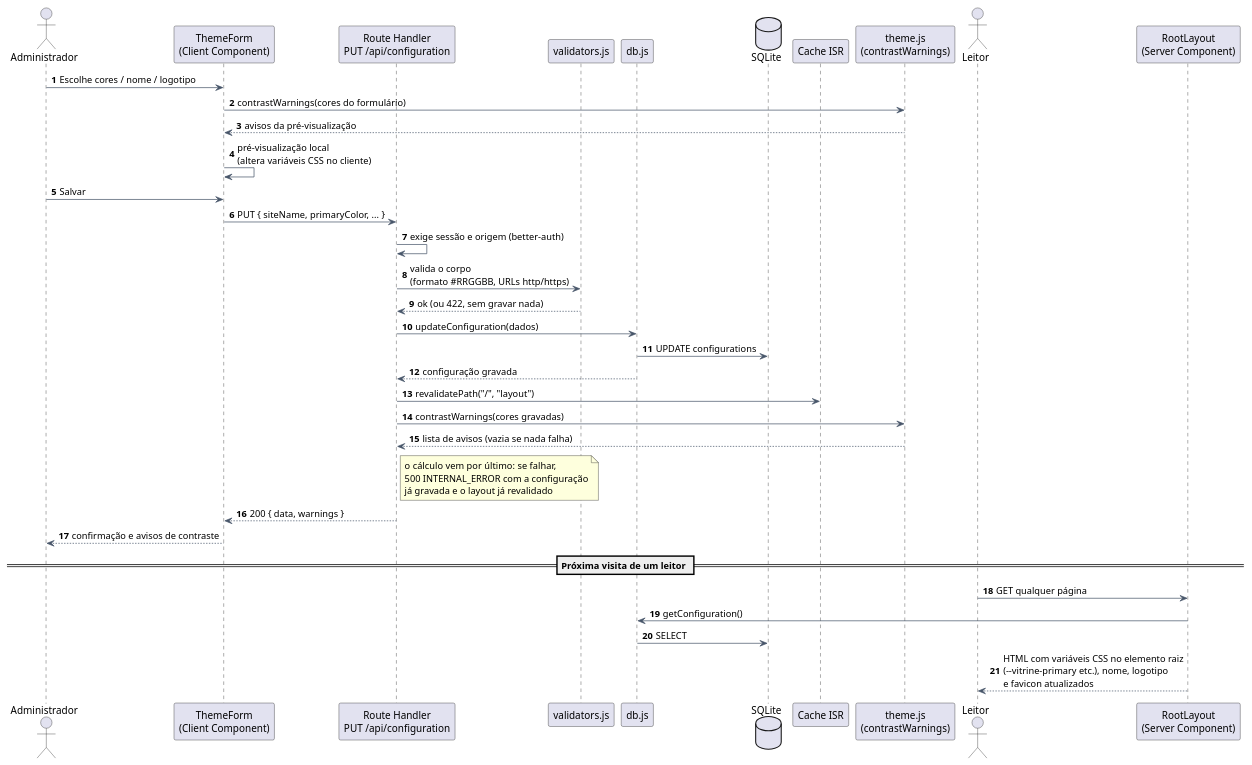
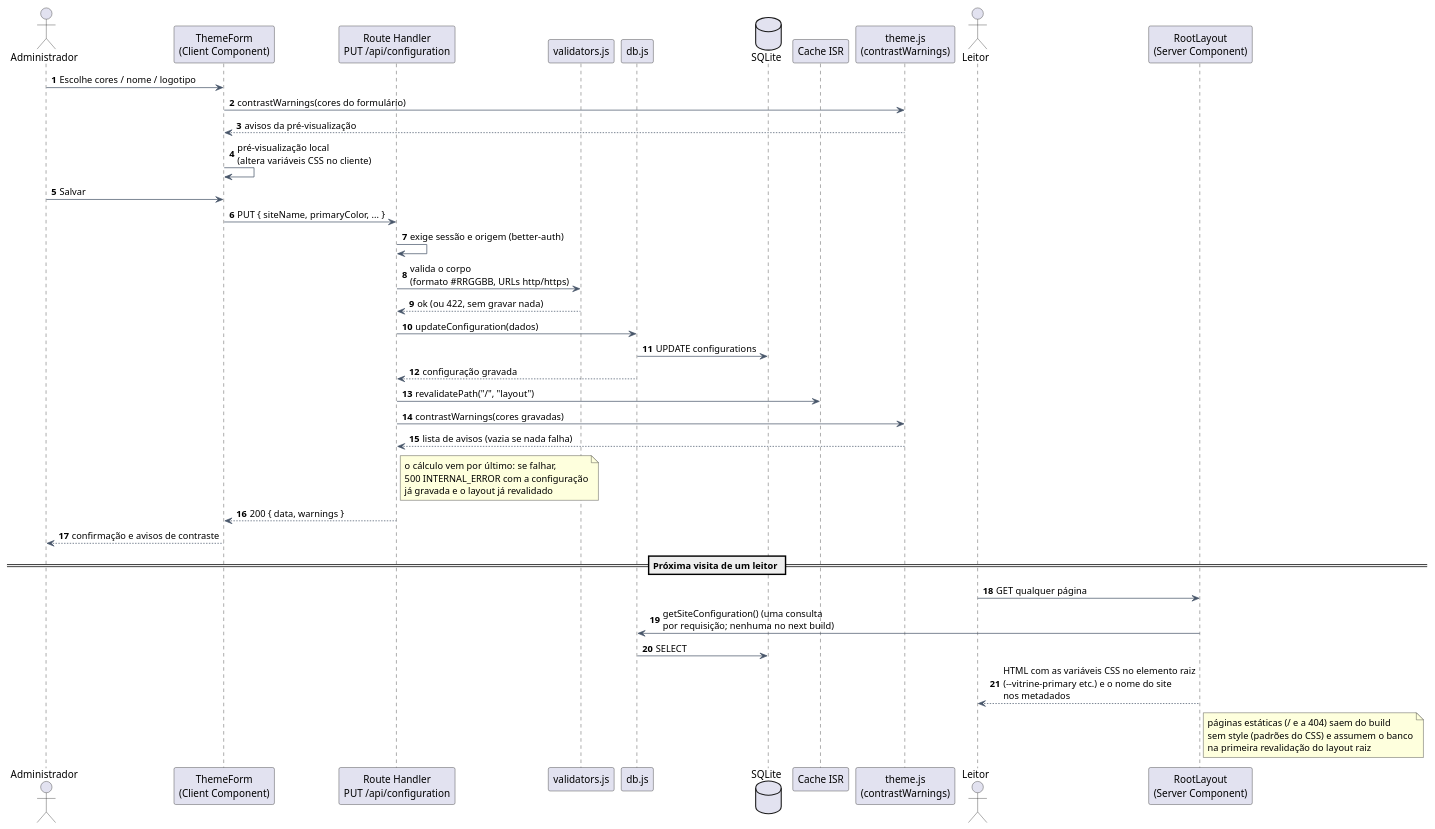
The diagram in doc/diagrams/src/seq-personalizacao-tema.puml (fromcaio/vitrine), drawn with PlantUML before and after one commit. The commit also changed 9 other files, not shown here.

```diff
--- a/doc/diagrams/src/seq-personalizacao-tema.puml
+++ b/doc/diagrams/src/seq-personalizacao-tema.puml
@@ -1,50 +1,51 @@
 @startuml seq-personalizacao-tema
 ' ===========================================================================
 ' Vitrine - Sequência: personalização visual (identidade e paleta de cores)
 ' Figura: fig:seq-personalizacao-tema (doc/tex/capitulos/cap5_arquitetura.tex)
 ' Mecanismo: cores persistidas em "configurations" viram variáveis CSS no <html>;
 ' utilitários Tailwind leem var(--...), logo não há novo build.
 ' ===========================================================================
 skinparam shadowing false
 skinparam defaultFontName Arial
 skinparam ArrowColor #475569
 skinparam sequenceMessageAlign left
 autonumber
 
 actor "Administrador" as Admin
 participant "ThemeForm\n(Client Component)" as Form
 participant "Route Handler\nPUT /api/configuration" as Api
 participant "validators.js" as Val
 participant "db.js" as DB
 database "SQLite" as Sql
 participant "Cache ISR" as Cache
 participant "theme.js\n(contrastWarnings)" as Theme
 actor "Leitor" as Leitor
 participant "RootLayout\n(Server Component)" as Layout
 
 Admin -> Form : Escolhe cores / nome / logotipo
 Form -> Theme : contrastWarnings(cores do formulário)
 Theme --> Form : avisos da pré-visualização
 Form -> Form : pré-visualização local\n(altera variáveis CSS no cliente)
 Admin -> Form : Salvar
 Form -> Api : PUT { siteName, primaryColor, ... }
 Api -> Api : exige sessão e origem (better-auth)
 Api -> Val : valida o corpo\n(formato #RRGGBB, URLs http/https)
 Val --> Api : ok (ou 422, sem gravar nada)
 Api -> DB : updateConfiguration(dados)
 DB -> Sql : UPDATE configurations
 DB --> Api : configuração gravada
 Api -> Cache : revalidatePath("/", "layout")
 Api -> Theme : contrastWarnings(cores gravadas)
 Theme --> Api : lista de avisos (vazia se nada falha)
 note right of Api : o cálculo vem por último: se falhar,\n500 INTERNAL_ERROR com a configuração\njá gravada e o layout já revalidado
 Api --> Form : 200 { data, warnings }
 Form --> Admin : confirmação e avisos de contraste
 
 == Próxima visita de um leitor ==
 
 Leitor -> Layout : GET qualquer página
-Layout -> DB : getConfiguration()
+Layout -> DB : getSiteConfiguration() (uma consulta\npor requisição; nenhuma no next build)
 DB -> Sql : SELECT
-Layout --> Leitor : HTML com variáveis CSS no elemento raiz\n(--vitrine-primary etc.), nome, logotipo\ne favicon atualizados
+Layout --> Leitor : HTML com as variáveis CSS no elemento raiz\n(--vitrine-primary etc.) e o nome do site\nnos metadados
+note right of Layout : páginas estáticas (/ e a 404) saem do build\nsem style (padrões do CSS) e assumem o banco\nna primeira revalidação do layout raiz
 @enduml
```
